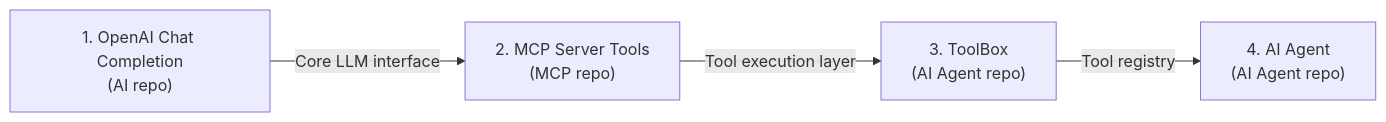
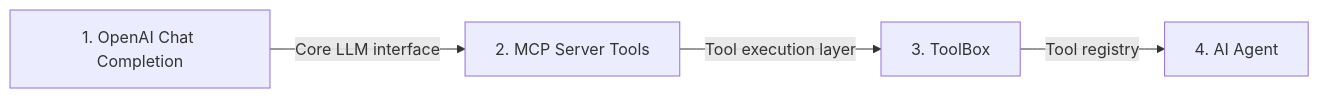
Before and after one commit to ciscomanagedservices/ciscolive26_cw_ai_agents: the third of 3 diagrams in lab-guide/docs/lab3.md, drawn with Mermaid. The commit also changed other lines of this file and 8 other files, not shown here.

````diff
--- a/lab-guide/docs/lab3.md
+++ b/lab-guide/docs/lab3.md
@@ -304,6 +264,6 @@
 ```mermaid
 flowchart LR
-    A["1. OpenAI Chat Completion<br/>(AI repo)"] -->|Core LLM interface| B["2. MCP Server Tools<br/>(MCP repo)"]
-    B -->|Tool execution layer| C["3. ToolBox<br/>(AI Agent repo)"]
-    C -->|Tool registry| D["4. AI Agent<br/>(AI Agent repo)"]
+    A["1. OpenAI Chat Completion"] -->|Core LLM interface| B["2. MCP Server Tools"]
+    B -->|Tool execution layer| C["3. ToolBox"]
+    C -->|Tool registry| D["4. AI Agent"]
 ```
````
